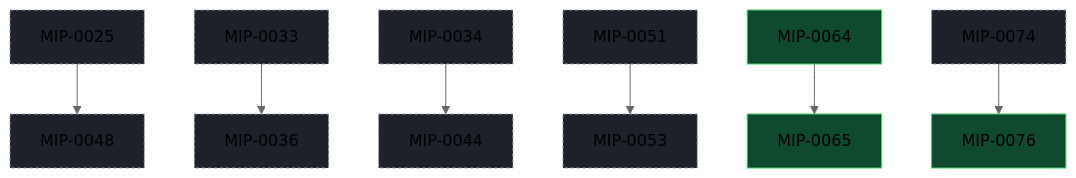
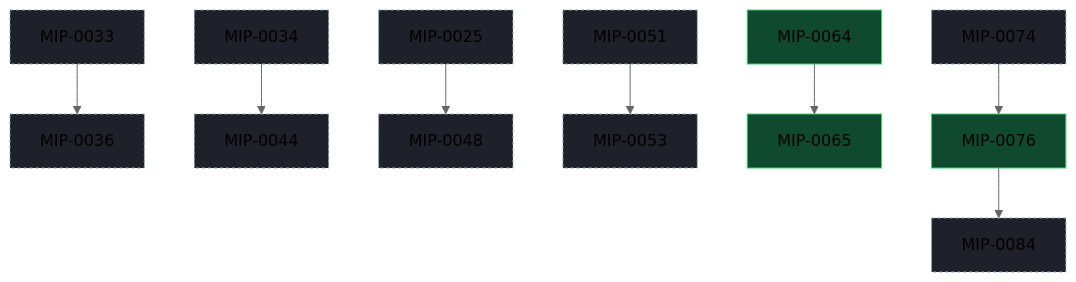
The diagram in docs/MIPs/README.md (marola-dev/marola), drawn with Mermaid (neutral theme) before and after one commit. The commit also changed other lines of this file and 2 other files, not shown here.

Commit message:
docs(mips): MIP-0084, zero-setup routing
MIP-0076's routing sources reach a session only after the person installs
the devkit plugin, enters nix develop, initialises submodules and rebuilds
the graph; a scan of 125 sessions found no use outside the ones that built
it. This draft vendors the routing skill with a stdlib route tool into every
repo, publishes the graph and wiring as a CI-built routing-bundle branch,
and adds a read-only SessionStart hook that asks once per machine whether
to install the plugin.

Tested: mip_graph.py --check and docs-lint (devkit v0.8.3, the flake.lock rev) clean
Cost: ~$0.98 · 1.9M tokens, 97% cache reads (claude-opus-5-5) · cost-split --session 3f670840, 2026-10-10

````diff
--- a/docs/MIPs/README.md
+++ b/docs/MIPs/README.md
@@ -97,25 +98,27 @@
 ```mermaid
 flowchart TD
   classDef draft fill:#1e2129,stroke:#8fa3b0,stroke-dasharray:3 3;
   classDef accepted fill:#0b4261,stroke:#1ac5da;
   classDef implemented fill:#0f4a2e,stroke:#3ecf6e;
   classDef rejected fill:#2a2d35,stroke:#666,color:#999;
   M0025["MIP-0025"]:::draft
   M0033["MIP-0033"]:::draft
   M0034["MIP-0034"]:::draft
   M0036["MIP-0036"]:::draft
   M0044["MIP-0044"]:::draft
   M0048["MIP-0048"]:::draft
   M0051["MIP-0051"]:::draft
   M0053["MIP-0053"]:::draft
   M0064["MIP-0064"]:::implemented
   M0065["MIP-0065"]:::implemented
   M0074["MIP-0074"]:::draft
   M0076["MIP-0076"]:::implemented
+  M0084["MIP-0084"]:::draft
   M0025 --> M0048
   M0033 --> M0036
   M0034 --> M0044
   M0051 --> M0053
   M0064 --> M0065
   M0074 --> M0076
+  M0076 --> M0084
 ```
````
